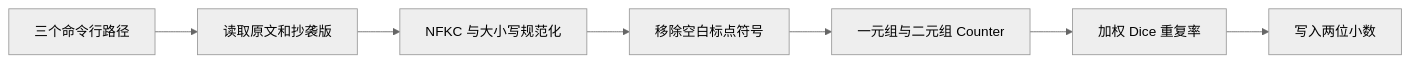
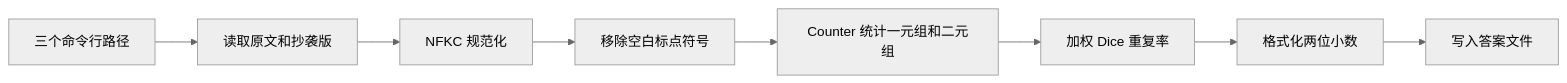
Before and after one commit to Huahetai-cell/3224004345: the diagram in 3224004345/docs/博客草稿.md, drawn with Mermaid (neutral theme). The commit also changed other lines of this file and 1 other file, not shown here.

````diff
--- a/3224004345/docs/博客草稿.md
+++ b/3224004345/docs/博客草稿.md
@@ -24,9 +100,10 @@
 ```mermaid
 flowchart LR
     A[三个命令行路径] --> B[读取原文和抄袭版]
-    B --> C[NFKC 与大小写规范化]
+    B --> C[NFKC 规范化]
     C --> D[移除空白标点符号]
-    D --> E[一元组与二元组 Counter]
+    D --> E[Counter 统计一元组和二元组]
     E --> F[加权 Dice 重复率]
-    F --> G[写入两位小数]
+    F --> G[格式化两位小数]
+    G --> H[写入答案文件]
 ```
````
